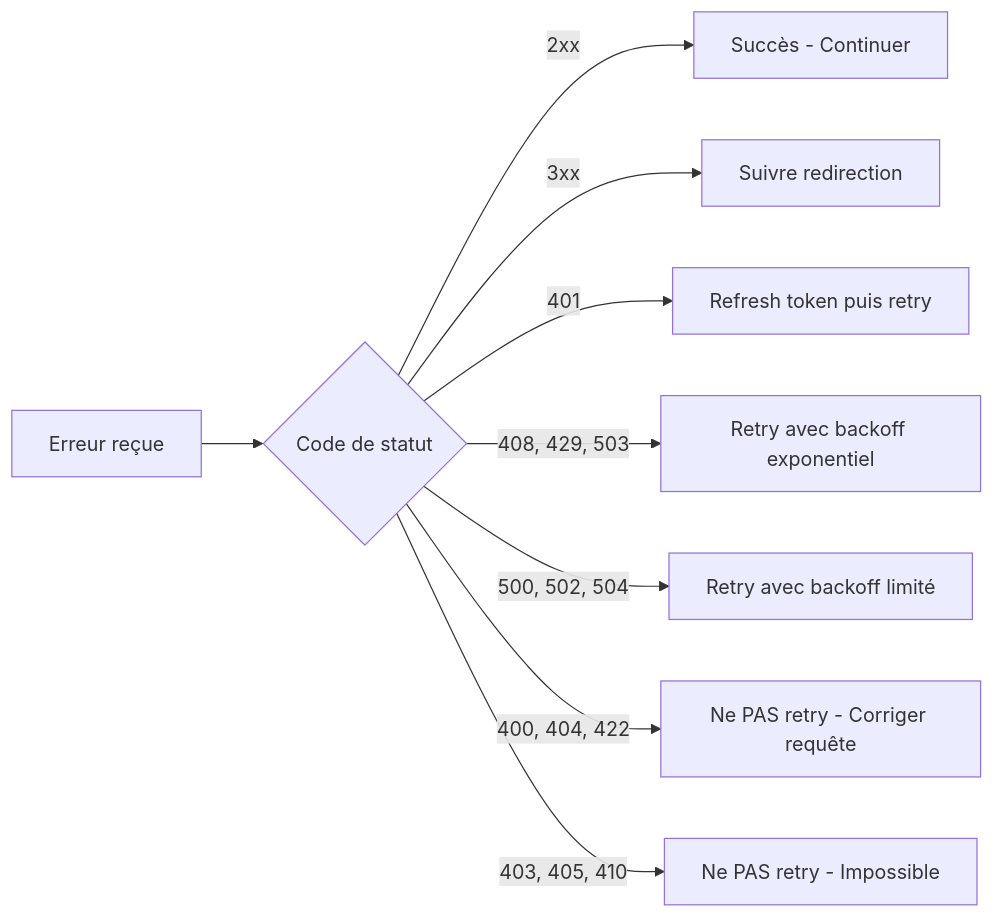
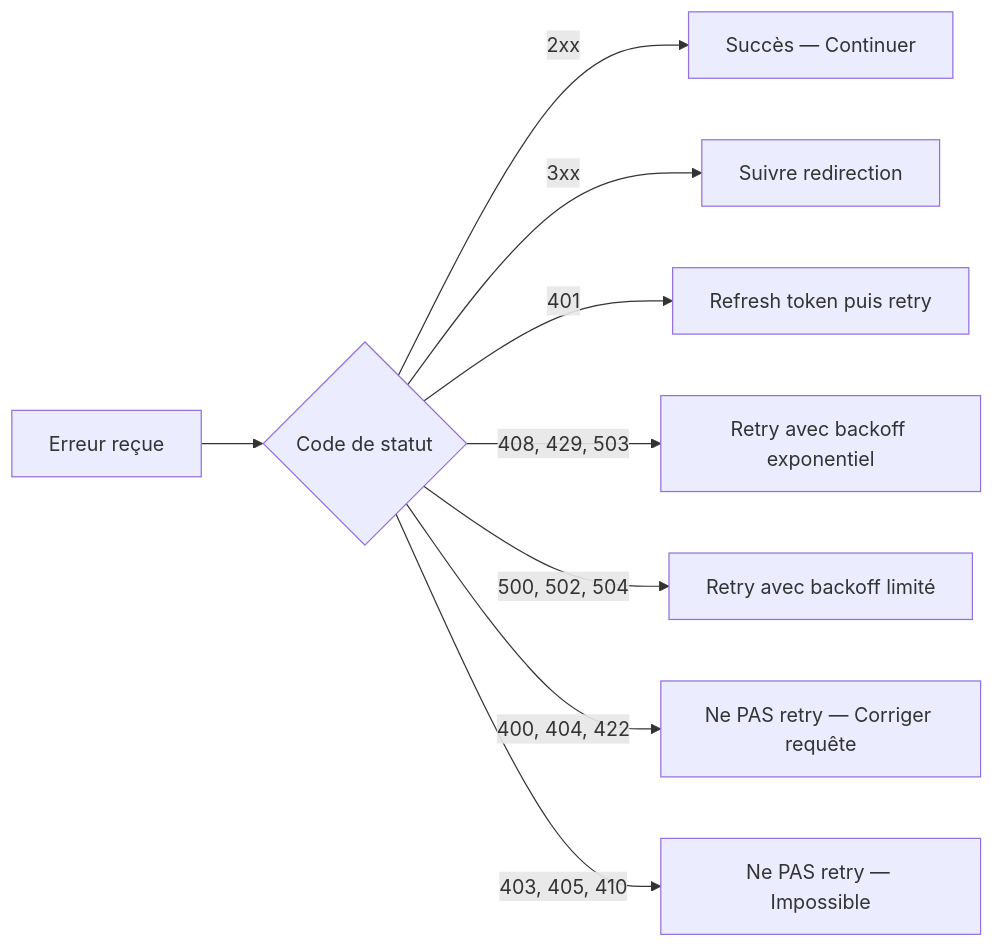
One commit to zyrass/omnydocs changed the sixth of 6 diagrams in docs/bases/concepts/liste-code-erreur.md. Above: the diagram before and after it, drawn with Mermaid. The commit also changed other lines of this file and 723 other files, not shown here.

````diff
--- a/docs/bases/concepts/liste-code-erreur.md
+++ b/docs/bases/concepts/liste-code-erreur.md
@@ -970,11 +817,14 @@
 ```mermaid
-graph LR
-    A[Erreur reçue] --> B{Code de statut}
-    B -->|2xx| C[Succès - Continuer]
-    B -->|3xx| D[Suivre redirection]
-    B -->|401| E[Refresh token puis retry]
-    B -->|408, 429, 503| F[Retry avec backoff exponentiel]
-    B -->|500, 502, 504| G[Retry avec backoff limité]
-    B -->|400, 404, 422| H[Ne PAS retry - Corriger requête]
-    B -->|403, 405, 410| I[Ne PAS retry - Impossible]
+flowchart LR
+    A["Erreur reçue"]
+    B{"Code de statut"}
+
+    A --> B
+    B -->|2xx| C["Succès — Continuer"]
+    B -->|3xx| D["Suivre redirection"]
+    B -->|401| E["Refresh token puis retry"]
+    B -->|"408, 429, 503"| F["Retry avec backoff exponentiel"]
+    B -->|"500, 502, 504"| G["Retry avec backoff limité"]
+    B -->|"400, 404, 422"| H["Ne PAS retry — Corriger requête"]
+    B -->|"403, 405, 410"| I["Ne PAS retry — Impossible"]
 ```
````
